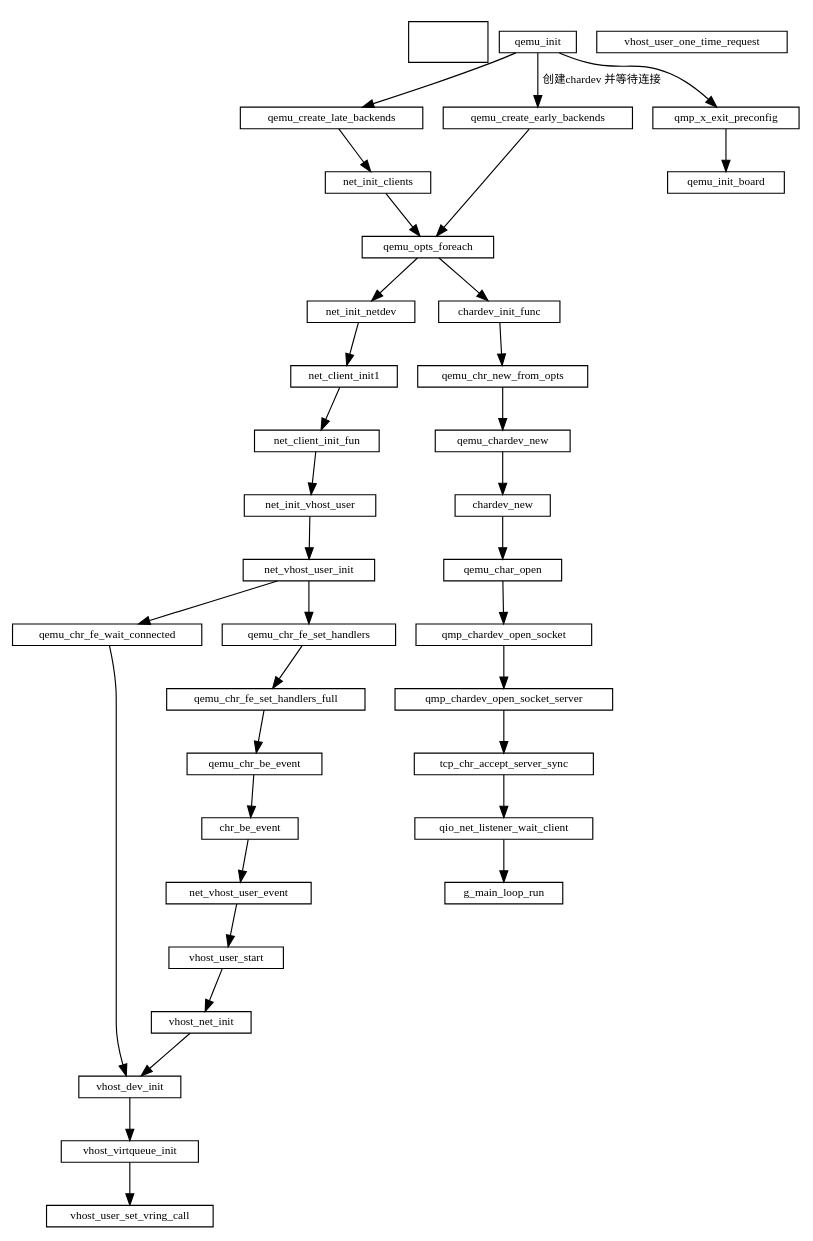
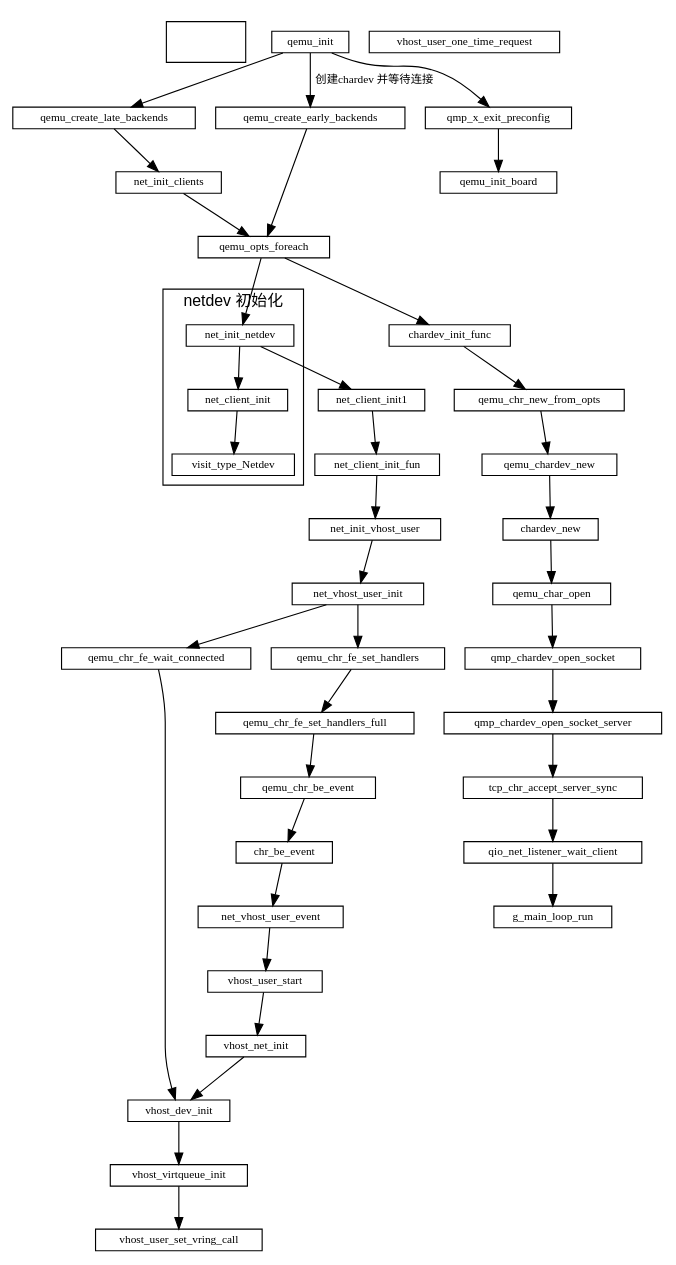
The diagram in qemu/qemu初始化.md (sisyphus1212/note), drawn with Graphviz before and after one commit.

Commit message:
auto_update

````diff
--- a/qemu/qemu初始化.md
+++ b/qemu/qemu初始化.md
@@ -11,58 +11,64 @@
 ```graphviz
 digraph {
     fontname="Helvetica,Arial,sans-serif"
     //node [fontname="Helvetica,Arial,sans-serif"]
     //edge [fontname="Helvetica,Arial,sans-serif"]
     //rankdir="LR"
     node [fontsize=10, shape=record, height=0.25]
     edge [fontsize=10]
 
     subgraph  {
         cluster=true
         fd  [style = invis]
     }
 
 
     qemu_init -> qemu_create_late_backends
               -> net_init_clients
               -> qemu_opts_foreach
               -> net_init_netdev
               -> net_client_init1
               -> net_client_init_fun
               -> net_init_vhost_user
               -> net_vhost_user_init
               -> qemu_chr_fe_wait_connected
               -> vhost_dev_init
 
     net_vhost_user_init -> qemu_chr_fe_set_handlers
                         -> qemu_chr_fe_set_handlers_full
                         -> qemu_chr_be_event
                         -> chr_be_event
                         -> net_vhost_user_event
                         -> vhost_user_start
                         -> vhost_net_init
                         -> vhost_dev_init
                         -> vhost_virtqueue_init
                         -> vhost_user_set_vring_call
-
+    subgraph netdev_init {
+        label="netdev 初始化";
+        cluster=true;
+        net_init_netdev
+        -> net_client_init
+        -> visit_type_Netdev
+    }
     qemu_init -> qemu_create_early_backends[label="创建chardev 并等待连接"] qemu_create_early_backends -> qemu_opts_foreach
                       -> chardev_init_func
                       -> qemu_chr_new_from_opts
                       -> qemu_chardev_new
                       -> chardev_new
                       -> qemu_char_open
                       -> qmp_chardev_open_socket
                       -> qmp_chardev_open_socket_server
                       -> tcp_chr_accept_server_sync
                       -> qio_net_listener_wait_client
                       -> g_main_loop_run
 
     qemu_init -> qmp_x_exit_preconfig -> qemu_init_board // 初始化cpu 内存
 
     vhost_dev_init
 
     net_vhost_user_event
 
     vhost_user_one_time_request
 }
 ```
````
